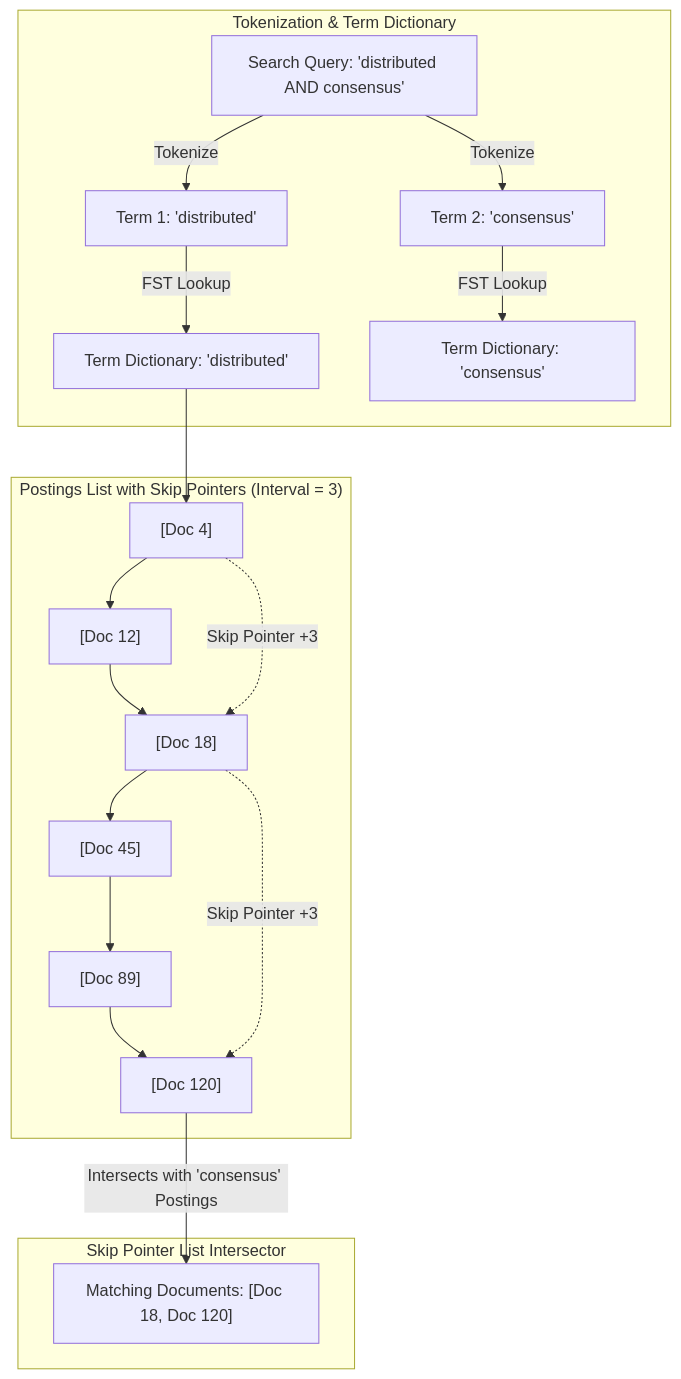
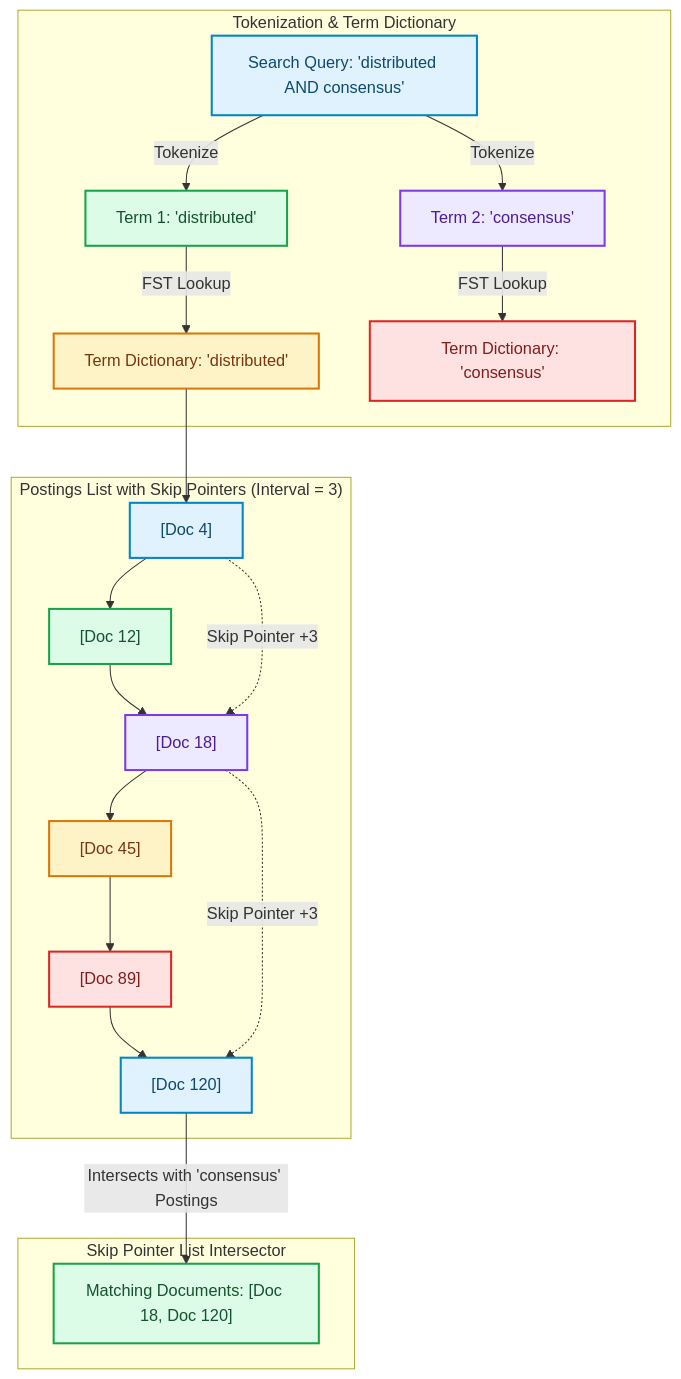
Before and after one commit to akmalkhaniub/akmalkhaniub.github.io: the diagram in blog/posts/inverted-index-engineering-postings-lists-term-dictionaries-skip-pointers.md, drawn with Mermaid. The commit also changed other lines of this file and 1291 other files, not shown here.

First line of the commit message:
feat(catalog): unique covers, scholarly references, and diagram palettes

````diff
--- a/blog/posts/inverted-index-engineering-postings-lists-term-dictionaries-skip-pointers.md
+++ b/blog/posts/inverted-index-engineering-postings-lists-term-dictionaries-skip-pointers.md
@@ -19,25 +19,36 @@
 ```mermaid
 flowchart TD
   subgraph SG1_TokenizationTermDictionary ["Tokenization & Term Dictionary"]
     Query["Search Query: 'distributed AND consensus'"] -->|Tokenize| T1["Term 1: 'distributed'"]
     Query -->|Tokenize| T2["Term 2: 'consensus'"]
     
-    T1 -->|FST Lookup| Dict1[Term Dictionary: 'distributed']
-    T2 -->|FST Lookup| Dict2[Term Dictionary: 'consensus']
+    T1 -->|FST Lookup| Dict1["Term Dictionary: 'distributed'"]
+    T2 -->|FST Lookup| Dict2["Term Dictionary: 'consensus'"]
   end
   
   subgraph SG2_PostingsListWith ["Postings List with Skip Pointers (Interval = 3)"]
     Dict1 --> P1_0["[Doc 4]"]
     P1_0 --> P1_1["[Doc 12]"]
     P1_1 --> P1_2["[Doc 18]"]
     P1_0 -.->|Skip Pointer +3| P1_2
     P1_2 --> P1_3["[Doc 45]"]
     P1_3 --> P1_4["[Doc 89]"]
     P1_4 --> P1_5["[Doc 120]"]
     P1_2 -.->|Skip Pointer +3| P1_5
   end
   
   subgraph SG3_SkipPointerList ["Skip Pointer List Intersector"]
     P1_5 -->|Intersects with 'consensus' Postings| Match["Matching Documents: [Doc 18, Doc 120]"]
   end
+
+classDef green fill:#dcfce7,stroke:#16a34a,stroke-width:2px,color:#14532d;
+classDef red fill:#fee2e2,stroke:#dc2626,stroke-width:2px,color:#7f1d1d;
+classDef blue fill:#e0f2fe,stroke:#0284c7,stroke-width:2px,color:#0c4a6e;
+classDef yellow fill:#fef3c7,stroke:#d97706,stroke-width:2px,color:#78350f;
+classDef purple fill:#ede9fe,stroke:#7c3aed,stroke-width:2px,color:#4c1d95;
+class Query,P1_0,P1_5 blue
+class T1,P1_1,Match green
+class T2,P1_2 purple
+class Dict1,P1_3 yellow
+class Dict2,P1_4 red
 ```
````
